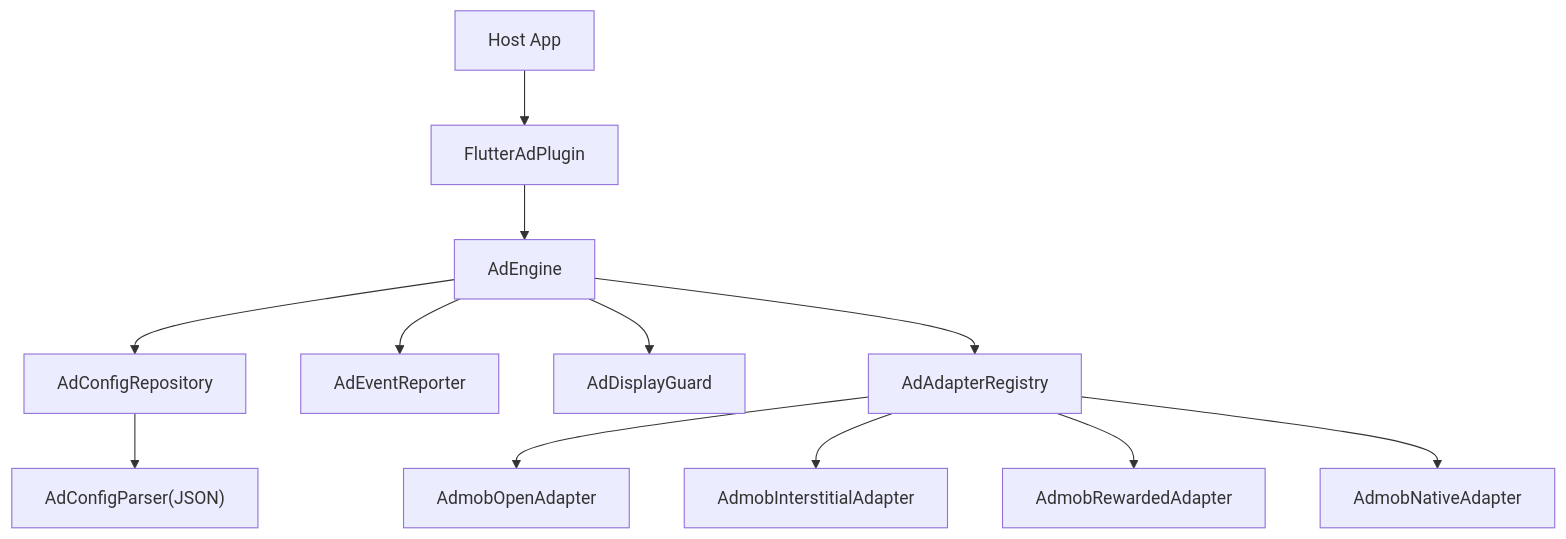
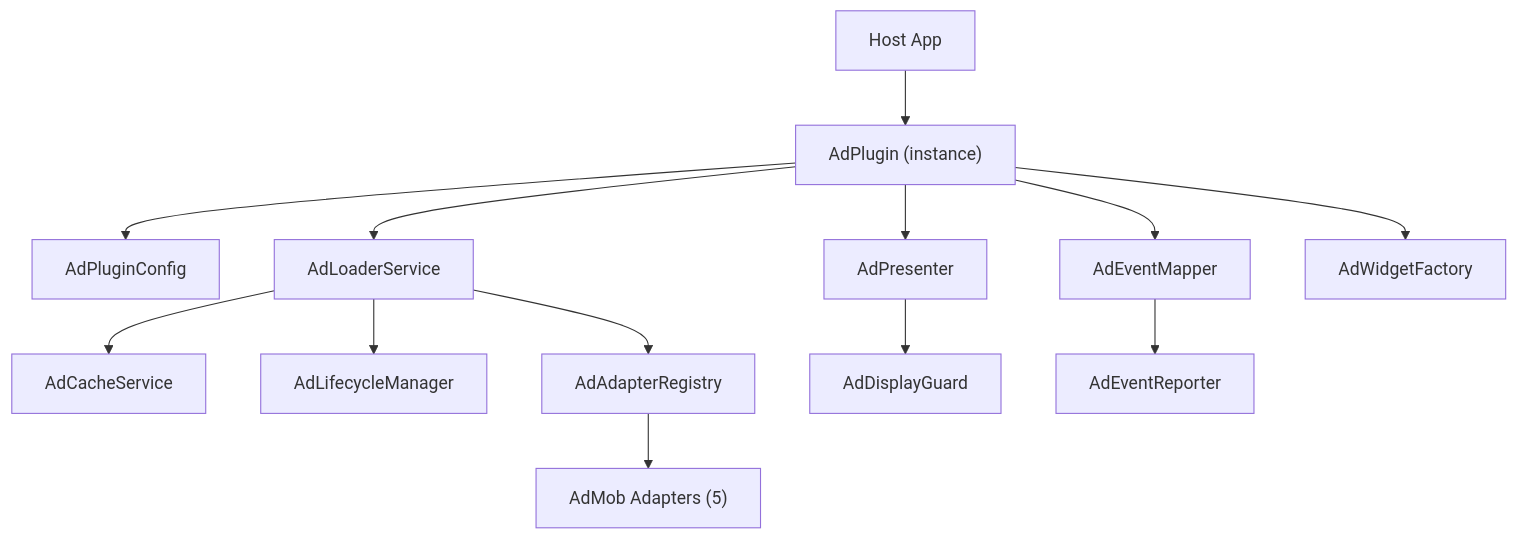
The first of 8 diagrams in README.md (yanmingLiu/flutter_ad_plugin), drawn with Mermaid before and after one commit. The commit also changed other lines of this file and 31 other files, not shown here.

````diff
--- a/README.md
+++ b/README.md
@@ -135,14 +163,15 @@
 ```mermaid
 flowchart TD
-  App["Host App"] --> Facade["FlutterAdPlugin"]
-  Facade --> Engine["AdEngine"]
-  Engine --> Repo["AdConfigRepository"]
-  Engine --> Reporter["AdEventReporter"]
-  Engine --> Guard["AdDisplayGuard"]
-  Repo --> Parser["AdConfigParser(JSON)"]
-  Engine --> Registry["AdAdapterRegistry"]
-  Registry --> AdmobOpen["AdmobOpenAdapter"]
-  Registry --> AdmobInt["AdmobInterstitialAdapter"]
-  Registry --> AdmobRew["AdmobRewardedAdapter"]
-  Registry --> AdmobNative["AdmobNativeAdapter"]
+  App["Host App"] --> Plugin["AdPlugin (instance)"]
+  Plugin --> Config["AdPluginConfig"]
+  Plugin --> Loader["AdLoaderService"]
+  Plugin --> Presenter["AdPresenter"]
+  Presenter --> Guard["AdDisplayGuard"]
+  Loader --> Cache["AdCacheService"]
+  Loader --> Lifecycle["AdLifecycleManager"]
+  Plugin --> Mapper["AdEventMapper"]
+  Mapper --> Reporter["AdEventReporter"]
+  Loader --> Registry["AdAdapterRegistry"]
+  Registry --> Adapters["AdMob Adapters (5)"]
+  Plugin --> WidgetFactory["AdWidgetFactory"]
 ```
````
